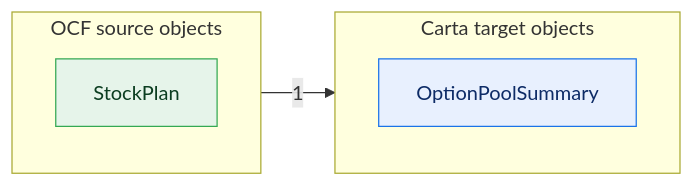
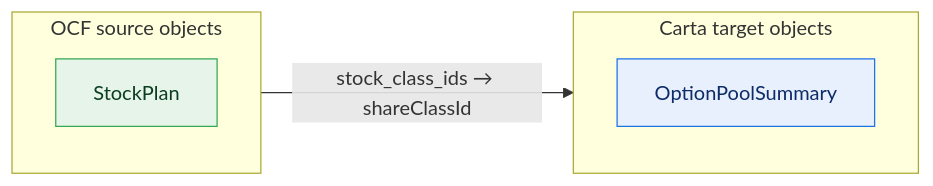
One commit to Open-Cap-Table-Coalition/OCF-Composed-Schemas changed the eighth of 10 diagrams in core-rich/core-upstream.md. Above: the diagram before and after it, drawn with Mermaid. The commit also changed other lines of this file and 4 other files, not shown here.

First line of the commit message:
OCF Core: label loss-diagram edges with the property flowing

````diff
--- a/core-rich/core-upstream.md
+++ b/core-rich/core-upstream.md
@@ -165,16 +169,16 @@
 ```mermaid
 flowchart LR
   classDef adm fill:#e6f4ea,stroke:#34a853,color:#0b3d20;
   classDef notadm fill:#f1f3f4,stroke:#9aa0a6,color:#5f6368,stroke-dasharray:4 3;
   classDef carta fill:#e8f0fe,stroke:#1a73e8,color:#0d2b66;
   classDef sink fill:#fce8e6,stroke:#d93025,color:#5c0d06;
   subgraph SRC["OCF source objects"]
     direction TB
     o0["StockPlan"]:::adm
   end
   subgraph TGT["Carta target objects"]
     direction TB
     t0["OptionPoolSummary"]:::carta
   end
-  o0 -->|1| t0
+  o0 -->|"stock_class_ids → shareClassId"| t0
 ```
````
